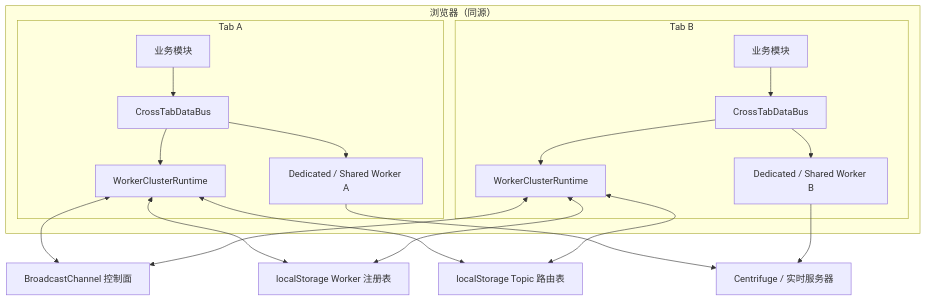
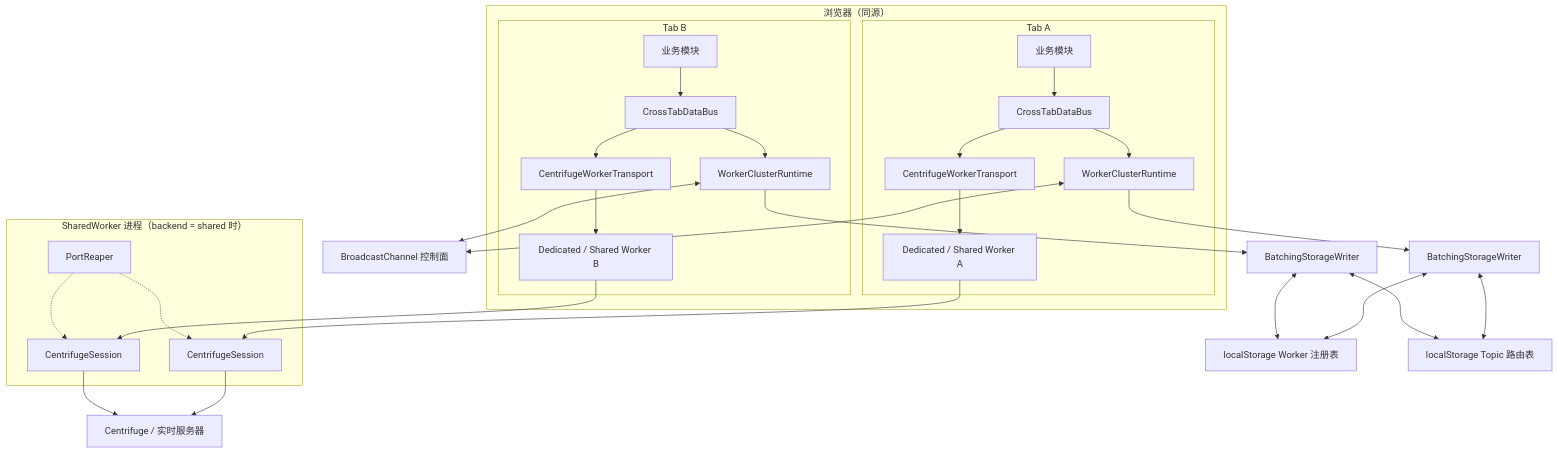
One commit to Sun1090/cross-tab-worker-databus changed the first of 4 diagrams in docs/zh/architecture.md. Above: the diagram before and after it, drawn with Mermaid. The commit also changed 32 other files, not shown here.

````diff
--- a/docs/zh/architecture.md
+++ b/docs/zh/architecture.md
@@ -7,24 +7,34 @@
 ```mermaid
 graph TB
   subgraph Browser["浏览器（同源）"]
     subgraph TabA["Tab A"]
       AppA["业务模块"] --> BusA["CrossTabDataBus"]
       BusA --> RuntimeA["WorkerClusterRuntime"]
-      BusA --> WorkerA["Dedicated / Shared Worker A"]
+      BusA --> TransportA["CentrifugeWorkerTransport"]
+      TransportA --> WorkerA["Dedicated / Shared Worker A"]
     end
     subgraph TabB["Tab B"]
       AppB["业务模块"] --> BusB["CrossTabDataBus"]
       BusB --> RuntimeB["WorkerClusterRuntime"]
-      BusB --> WorkerB["Dedicated / Shared Worker B"]
+      BusB --> TransportB["CentrifugeWorkerTransport"]
+      TransportB --> WorkerB["Dedicated / Shared Worker B"]
     end
   end
 
   RuntimeA <--> Channel["BroadcastChannel 控制面"]
   RuntimeB <--> Channel
-  RuntimeA <--> Registry["localStorage Worker 注册表"]
-  RuntimeB <--> Registry
-  RuntimeA <--> Routes["localStorage Topic 路由表"]
-  RuntimeB <--> Routes
-  WorkerA --> Server["Centrifuge / 实时服务器"]
-  WorkerB --> Server
+  RuntimeA --> BatchA["BatchingStorageWriter"]
+  RuntimeB --> BatchB["BatchingStorageWriter"]
+  BatchA <--> Registry["localStorage Worker 注册表"]
+  BatchB <--> Registry
+  BatchA <--> Routes["localStorage Topic 路由表"]
+  BatchB <--> Routes
+  WorkerA --> SessionA["CentrifugeSession"]
+  WorkerB --> SessionB["CentrifugeSession"]
+  SessionA --> Server["Centrifuge / 实时服务器"]
+  SessionB --> Server
+  subgraph SW["SharedWorker 进程（backend = shared 时）"]
+    Reaper["PortReaper"] -.-> SessionA
+    Reaper -.-> SessionB
+  end
 ```
````
